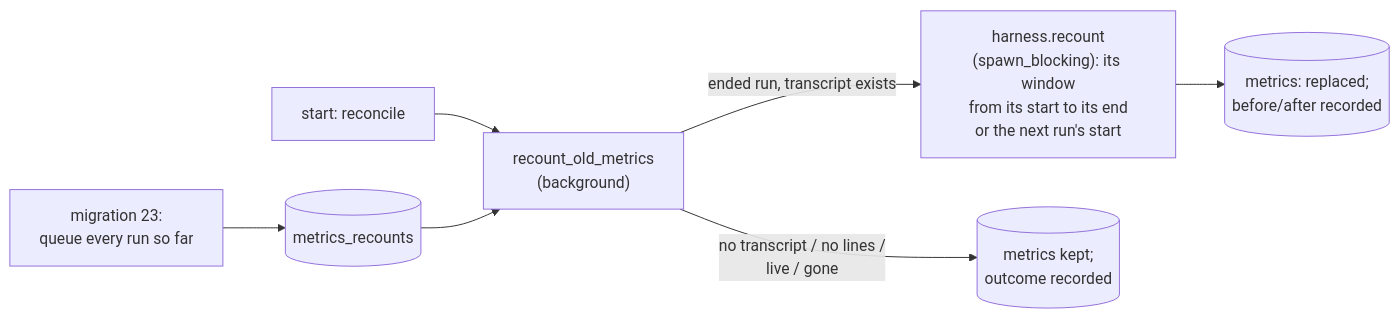
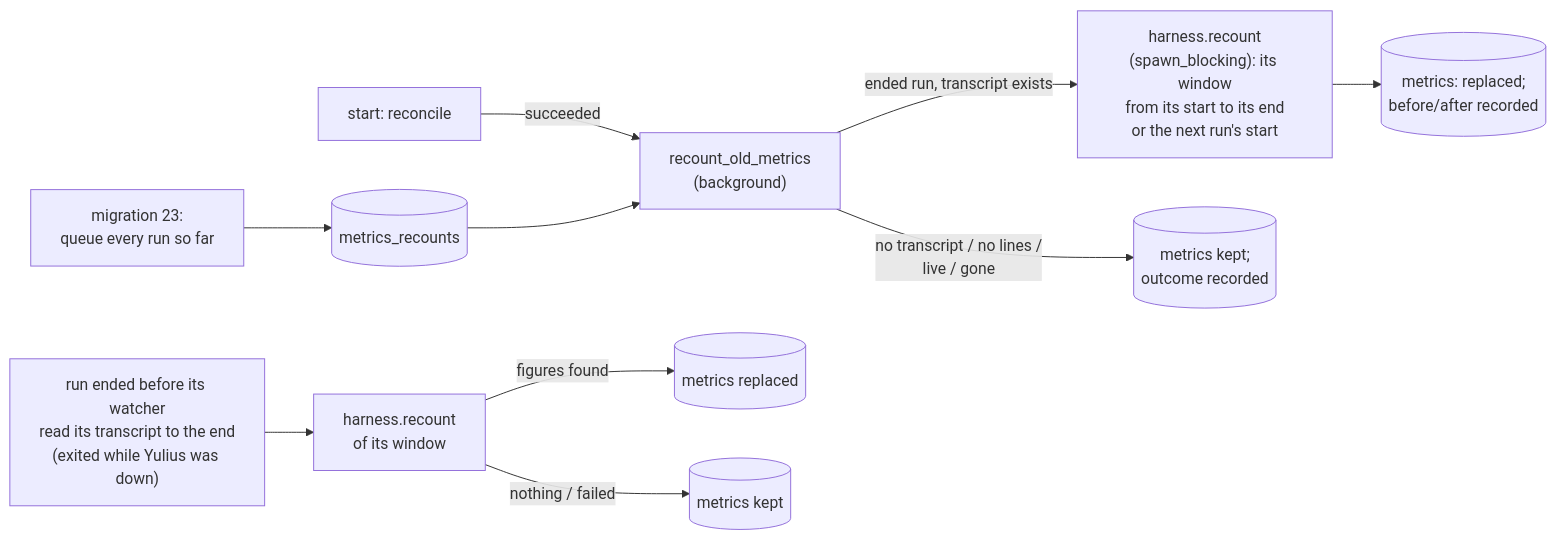
One commit to Quartio-Studio/yulius changed diagram 25 of 30 in docs/architecture.md. Above: the diagram before and after it, drawn with Mermaid. The commit also changed other lines of this file and 11 other files, not shown here.

First line of the commit message:
fix(supervisor): fix #385, #389: a run ending while Yulius is down keeps its metrics (#495)

````diff
--- a/docs/architecture.md
+++ b/docs/architecture.md
@@ -783,17 +788,23 @@
 ```mermaid
 flowchart LR
     mig["migration 23:
 queue every run so far"] --> queue[("metrics_recounts")]
-    start["start: reconcile"] --> job["recount_old_metrics
+    start["start: reconcile"] -->|"succeeded"| job["recount_old_metrics
 (background)"]
+    ended["run ended before its watcher
+read its transcript to the end
+(exited while Yulius was down)"] --> rcount["harness.recount
+of its window"]
+    rcount -->|"figures found"| rput[("metrics replaced")]
+    rcount -->|"nothing / failed"| rkeep[("metrics kept")]
     queue --> job
     job -->|"ended run, transcript exists"| count["harness.recount
 (spawn_blocking): its window
 from its start to its end
 or the next run's start"]
     count --> put[("metrics: replaced;
 before/after recorded")]
     job -->|"no transcript / no lines /
 live / gone"| keep[("metrics kept;
 outcome recorded")]
 ```
````
